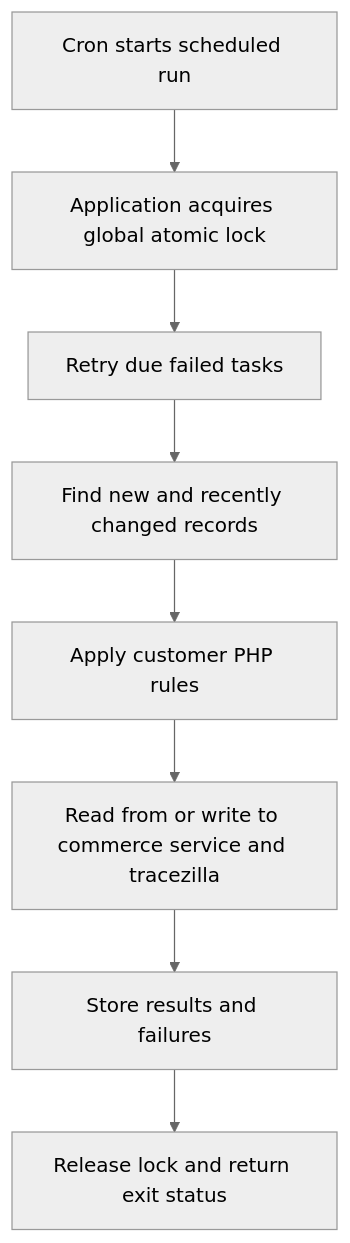
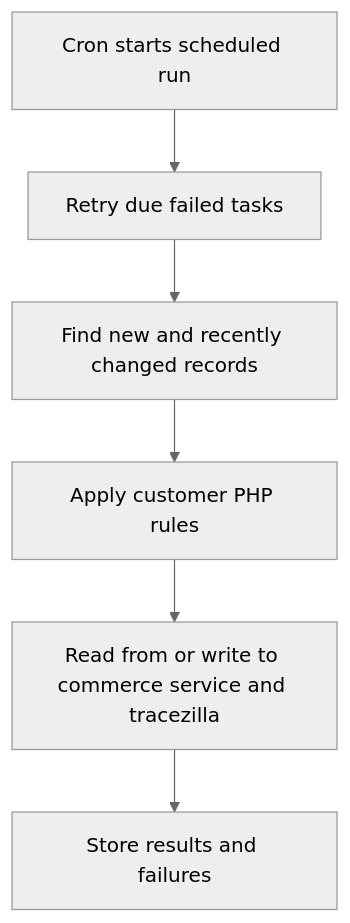
The diagram in deployment/cron.md (Happy-Bananas/tracezilla-integrations-docs), drawn with Mermaid (neutral theme) before and after one commit. The commit also changed other lines of this file and 2 other files, not shown here.

Commit message:
Hide locking internals from deployment guide

```diff
--- a/deployment/cron.md
+++ b/deployment/cron.md
@@ -15,13 +15,11 @@
 <pre class="mermaid">
 flowchart TB
     Cron[Cron starts scheduled run]
-    Lock[Application acquires global atomic lock]
     Retry[Retry due failed tasks]
     Reconcile[Find new and recently changed records]
     Rules[Apply customer PHP rules]
     APIs[Read from or write to commerce service and tracezilla]
     Result[Store results and failures]
-    Unlock[Release lock and return exit status]
 
-    Cron --> Lock --> Retry --> Reconcile --> Rules --> APIs --> Result --> Unlock
+    Cron --> Retry --> Reconcile --> Rules --> APIs --> Result
 </pre>
```
